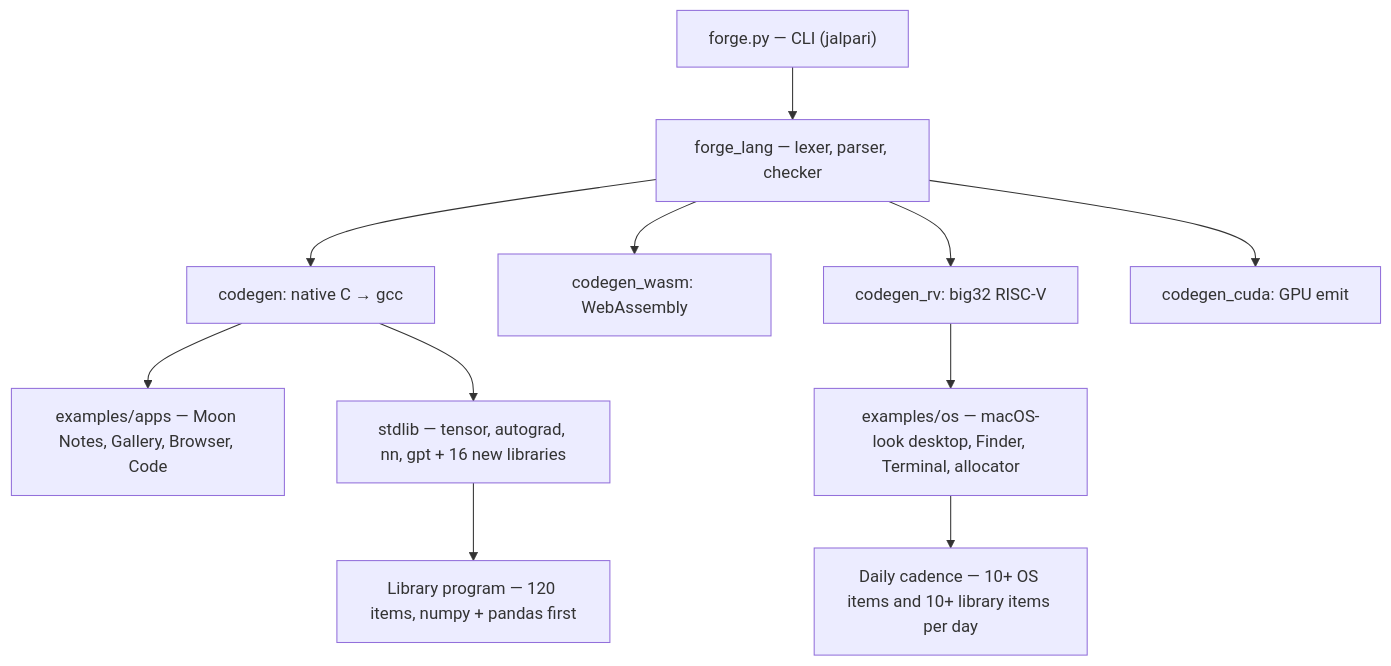
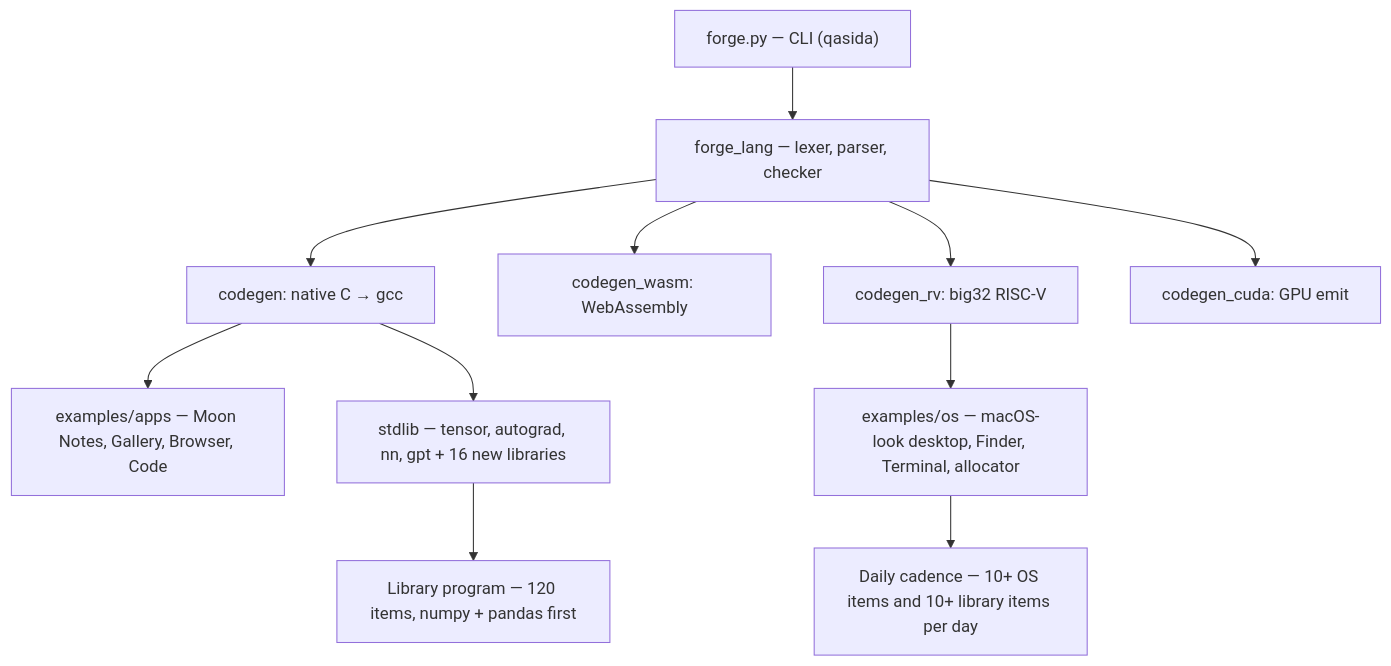
The second of 2 diagrams in README.md (themythofsisyphusjayant/RED-MOON-), drawn with Mermaid before and after one commit. The commit also changed other lines of this file and 311 other files, not shown here.

````diff
--- a/README.md
+++ b/README.md
@@ -501,13 +499,13 @@
 ```mermaid
 flowchart TD
-    CLI["forge.py — CLI (jalpari)"] --> LANG["forge_lang — lexer, parser, checker"]
+    CLI["forge.py — CLI (qasida)"] --> LANG["forge_lang — lexer, parser, checker"]
     LANG --> NAT["codegen: native C → gcc"]
     LANG --> WASM["codegen_wasm: WebAssembly"]
     LANG --> RV["codegen_rv: big32 RISC-V"]
     LANG --> CUDA["codegen_cuda: GPU emit"]
     NAT --> APPS["examples/apps — Moon Notes, Gallery, Browser, Code"]
     NAT --> ML["stdlib — tensor, autograd, nn, gpt + 16 new libraries"]
     RV --> OS["examples/os — macOS-look desktop, Finder, Terminal, allocator"]
     ML --> LIBS["Library program — 120 items, numpy + pandas first"]
     OS --> DAILY["Daily cadence — 10+ OS items and 10+ library items per day"]
 ```
````
